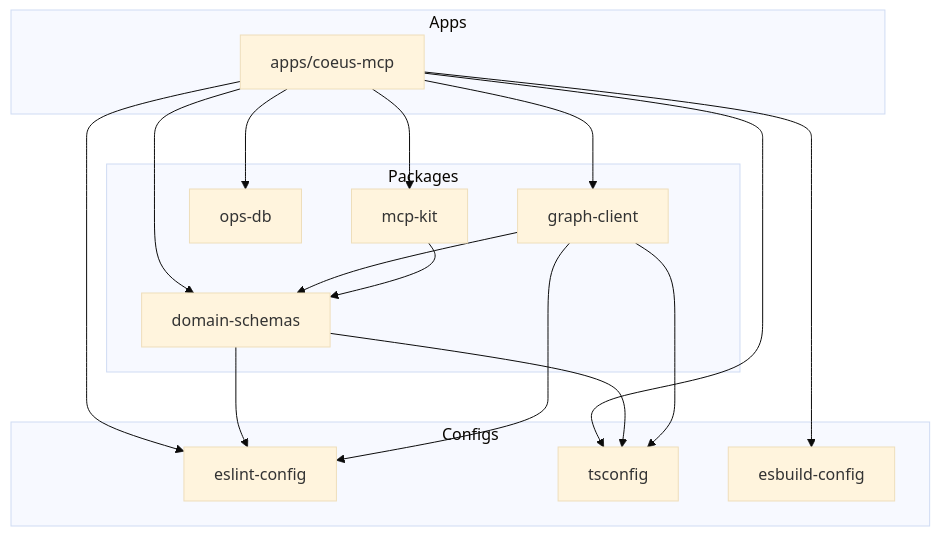
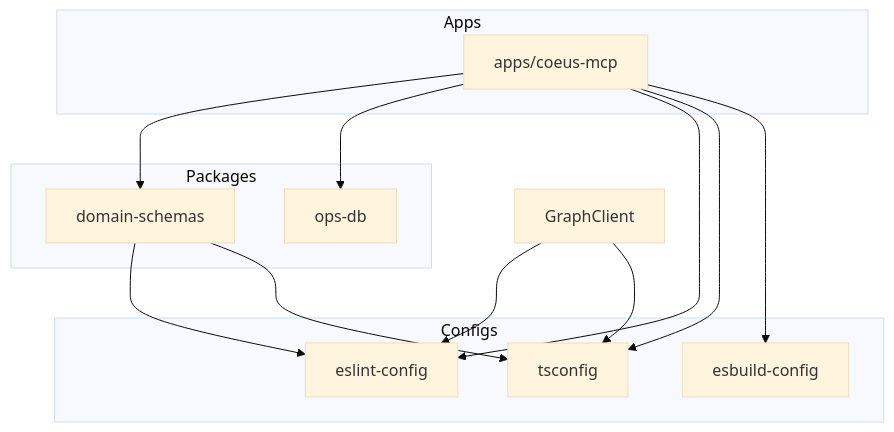
The sixth of 7 diagrams in ARCHITECTURE.md (leovigna/agent-coeus), drawn with Mermaid (base theme) before and after one commit. The commit also changed other lines of this file and 3 other files, not shown here.

Commit message:
fix architecture/templates rule

````diff
--- a/ARCHITECTURE.md
+++ b/ARCHITECTURE.md
@@ -286,37 +237,30 @@
 ```mermaid
 graph TD
     subgraph "Apps"
         CoeusApp["apps/coeus-mcp"]
     end
 
     subgraph "Packages"
         Schemas["domain-schemas"]
-        GraphClient["graph-client"]
         OpsDB["ops-db"]
-        MCPKit["mcp-kit"]
     end
 
     subgraph "Configs"
         ESLint["eslint-config"]
         TSConfig["tsconfig"]
         ESBuild["esbuild-config"]
     end
 
     CoeusApp --> Schemas
-    CoeusApp --> GraphClient
     CoeusApp --> OpsDB
-    CoeusApp --> MCPKit
-
-    GraphClient --> Schemas
-    MCPKit --> Schemas
 
     CoeusApp --> ESLint
     CoeusApp --> TSConfig
     CoeusApp --> ESBuild
 
     Schemas --> ESLint
     Schemas --> TSConfig
 
     GraphClient --> ESLint
     GraphClient --> TSConfig
 ```
````
